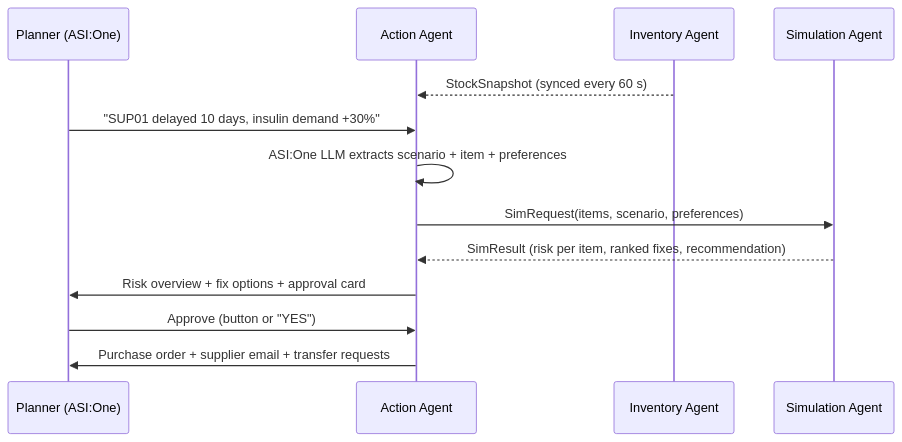
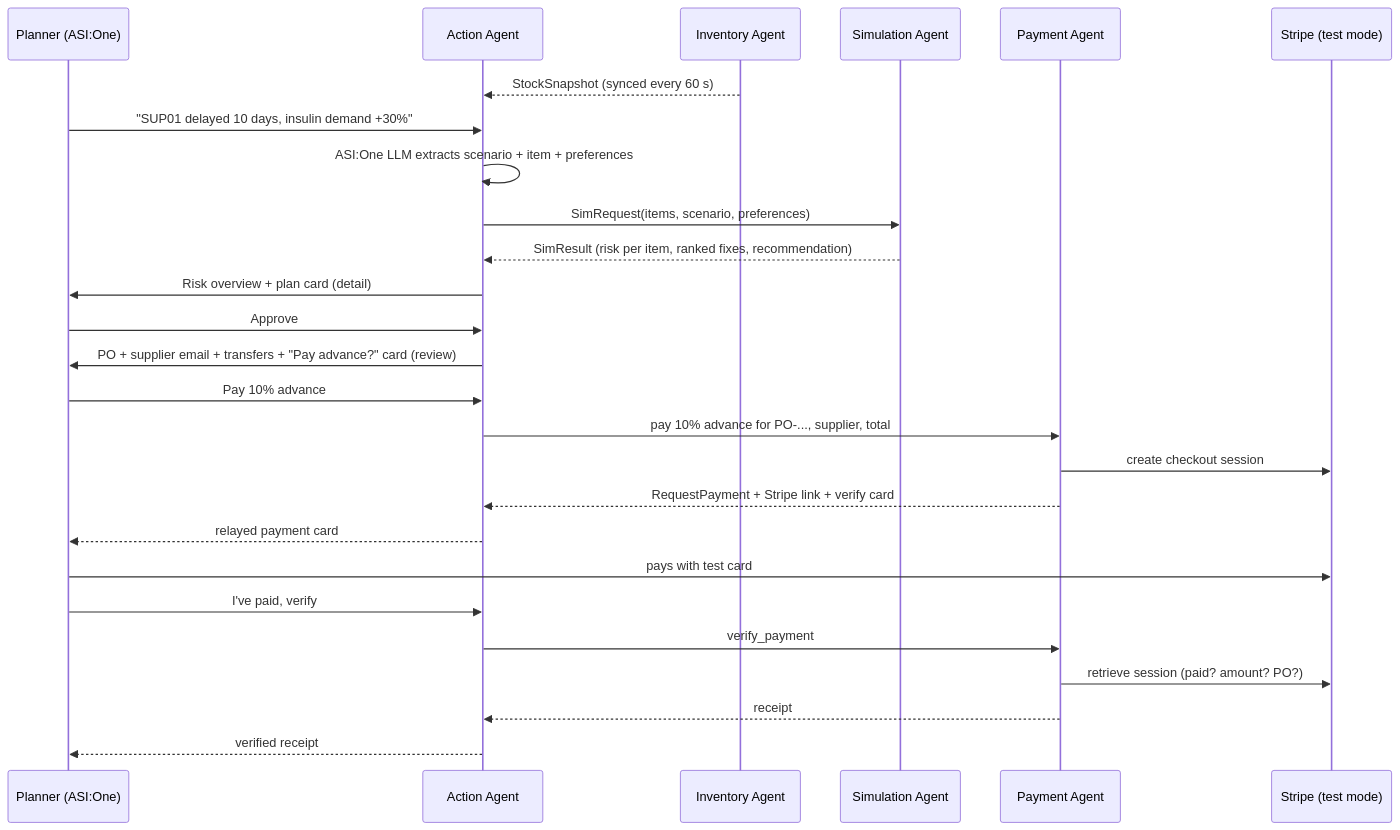
Before and after one commit to theajthakur/fetch-a-thon: the diagram in README.md, drawn with Mermaid. The commit also changed other lines of this file and 3 other files, not shown here.

Commit message:
docs: add payment flow screenshots and Agentverse profile badges

````diff
--- a/README.md
+++ b/README.md
@@ -137,15 +165,28 @@
 ```mermaid
 sequenceDiagram
     participant U as Planner (ASI:One)
     participant A as Action Agent
     participant I as Inventory Agent
     participant S as Simulation Agent
+    participant P as Payment Agent
+    participant St as Stripe (test mode)
     I-->>A: StockSnapshot (synced every 60 s)
     U->>A: "SUP01 delayed 10 days, insulin demand +30%"
     A->>A: ASI:One LLM extracts scenario + item + preferences
     A->>S: SimRequest(items, scenario, preferences)
     S-->>A: SimResult (risk per item, ranked fixes, recommendation)
-    A->>U: Risk overview + fix options + approval card
-    U->>A: Approve (button or "YES")
-    A->>U: Purchase order + supplier email + transfer requests
+    A->>U: Risk overview + plan card (detail)
+    U->>A: Approve
+    A->>U: PO + supplier email + transfers + "Pay advance?" card (review)
+    U->>A: Pay 10% advance
+    A->>P: pay 10% advance for PO-..., supplier, total
+    P->>St: create checkout session
+    P-->>A: RequestPayment + Stripe link + verify card
+    A-->>U: relayed payment card
+    U->>St: pays with test card
+    U->>A: I've paid, verify
+    A->>P: verify_payment
+    P->>St: retrieve session (paid? amount? PO?)
+    P-->>A: receipt
+    A-->>U: verified receipt
 ```
````
